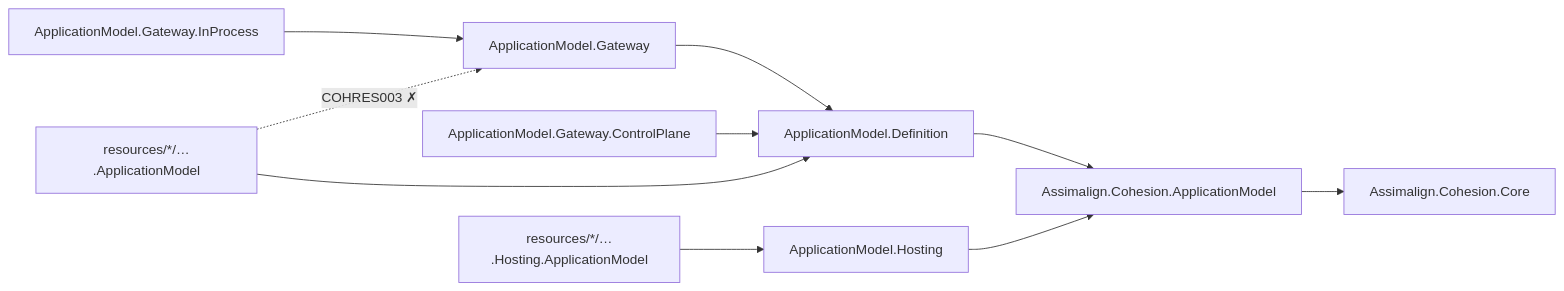
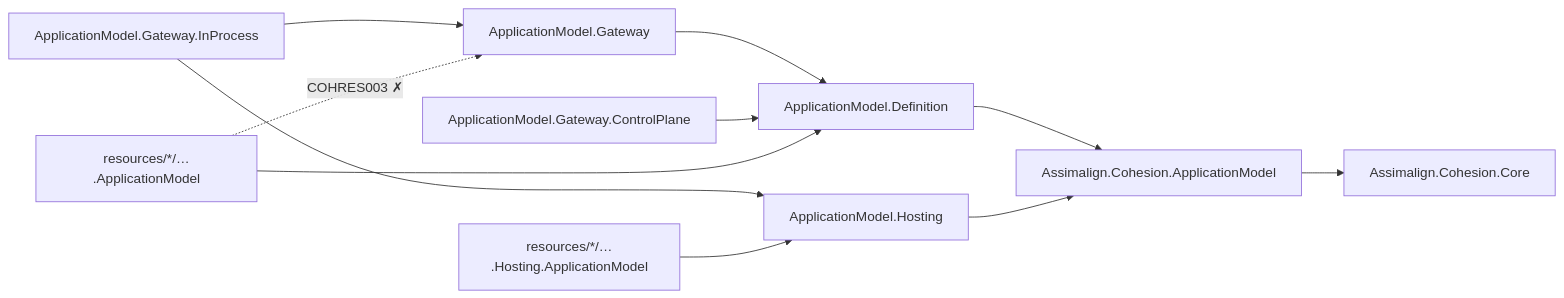
Before and after one commit to assimalign/cohesion: the diagram in libraries/ApplicationModel/README.md, drawn with Mermaid. The commit also changed other lines of this file and 82 other files, not shown here.

````diff
--- a/libraries/ApplicationModel/README.md
+++ b/libraries/ApplicationModel/README.md
@@ -35,12 +38,13 @@
 ```mermaid
 flowchart LR
     Definition["ApplicationModel.Definition"] --> Contracts["Assimalign.Cohesion.ApplicationModel"]
     Hosting["ApplicationModel.Hosting"] --> Contracts
     Contracts --> Core["Assimalign.Cohesion.Core"]
     Gateway["ApplicationModel.Gateway"] --> Definition
     InProcess["ApplicationModel.Gateway.InProcess"] --> Gateway
+    InProcess --> Hosting
     ControlPlane["ApplicationModel.Gateway.ControlPlane"] --> Definition
     AreaModel["resources/*/…​.ApplicationModel"] --> Definition
     AreaHosting["resources/*/…​.Hosting.ApplicationModel"] --> Hosting
     AreaModel -.->|"COHRES003 ✗"| Gateway
 ```
````
